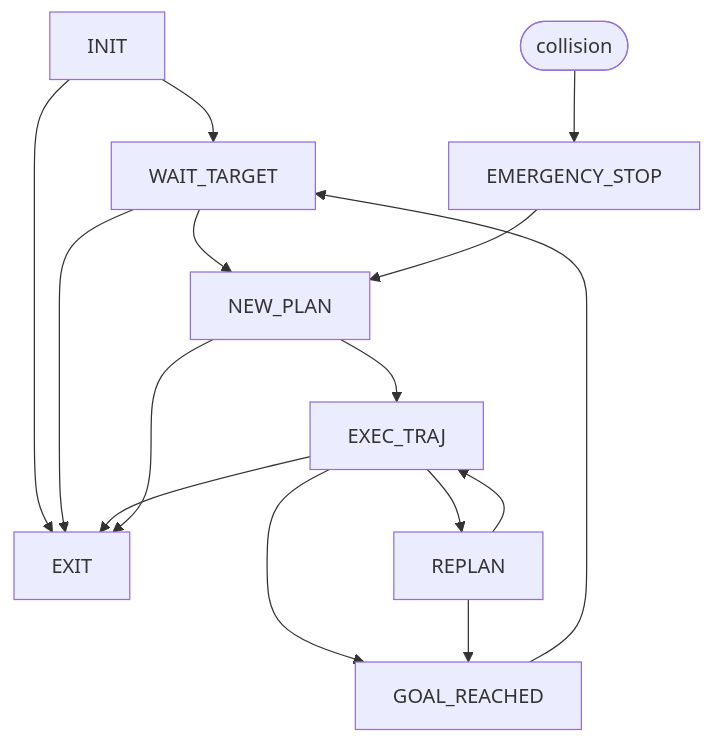
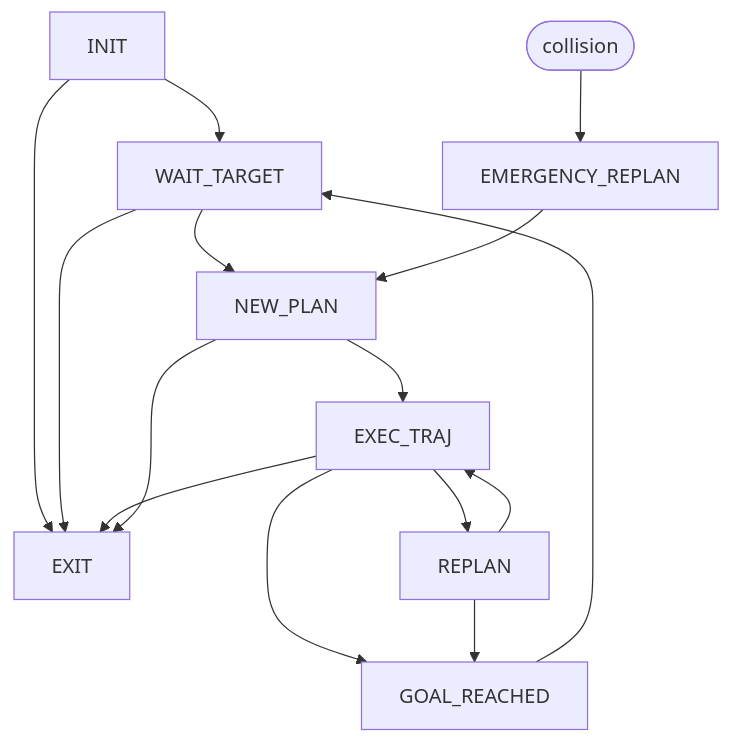
One commit to edmundwsy/RAST_corridor_planning changed the second of 2 diagrams in README.md. Above: the diagram before and after it, drawn with Mermaid. The commit also changed other lines of this file and 7 other files, not shown here.

````diff
--- a/README.md
+++ b/README.md
@@ -91,17 +119,17 @@
 ```mermaid
 graph TD
  INIT --> EXIT
  INIT --> WAIT_TARGET
  WAIT_TARGET --> EXIT
  WAIT_TARGET --> NEW_PLAN
  EXEC_TRAJ --> GOAL_REACHED
  EXEC_TRAJ --> REPLAN
  EXEC_TRAJ --> EXIT
  REPLAN --> GOAL_REACHED
  REPLAN --> EXEC_TRAJ
  NEW_PLAN --> EXIT
  NEW_PLAN --> EXEC_TRAJ
  GOAL_REACHED --> WAIT_TARGET
- EMERGENCY_STOP --> NEW_PLAN
- A([collision]) --> EMERGENCY_STOP
+ EMERGENCY_REPLAN --> NEW_PLAN
+ A([collision]) --> EMERGENCY_REPLAN
 ```
````
